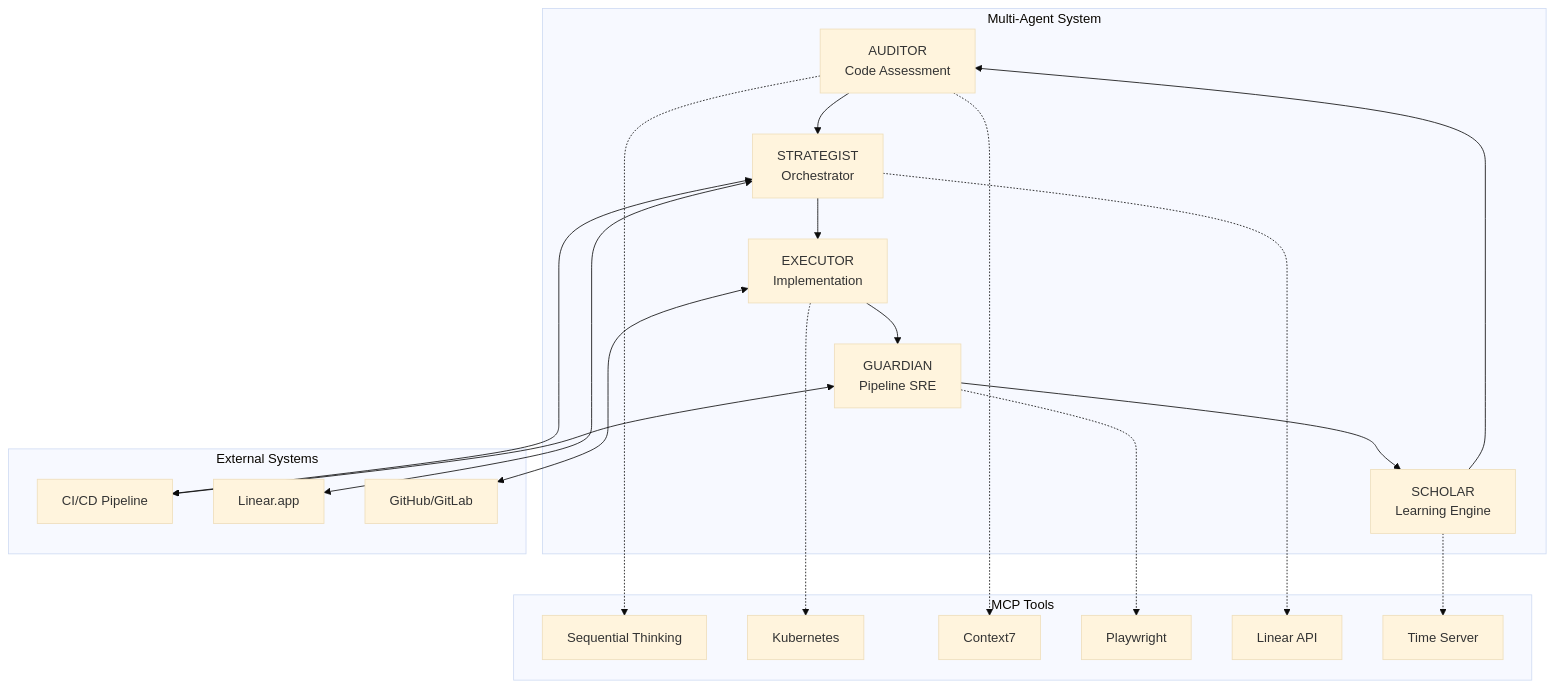
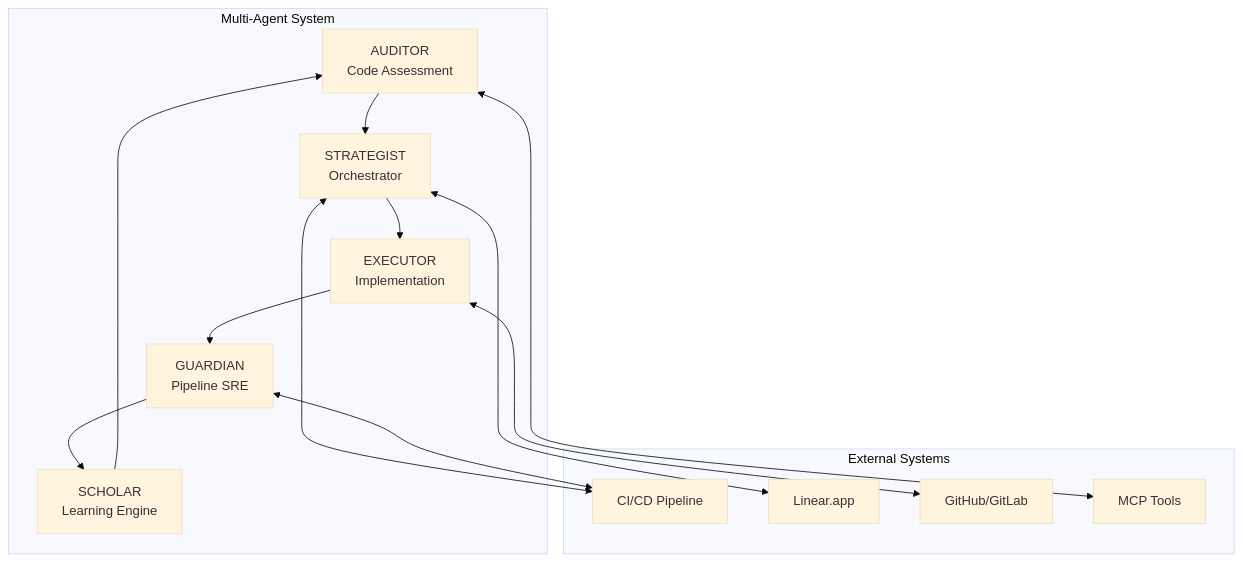
Before and after one commit to nizamiq/linear-tdd-workflow: the first of 2 diagrams in docs/README.md, drawn with Mermaid (base theme). The commit also changed other lines of this file and 117 other files, not shown here.

````diff
--- a/docs/README.md
+++ b/docs/README.md
@@ -53,37 +171,23 @@
 ```mermaid
 graph TB
     subgraph "Multi-Agent System"
         A[AUDITOR<br/>Code Assessment] --> S[STRATEGIST<br/>Orchestrator]
         S --> E[EXECUTOR<br/>Implementation]
         E --> G[GUARDIAN<br/>Pipeline SRE]
         G --> SCH[SCHOLAR<br/>Learning Engine]
         SCH --> A
     end
     
     subgraph "External Systems"
         CI[CI/CD Pipeline]
         L[Linear.app]
         GH[GitHub/GitLab]
-    end
-    
-    subgraph "MCP Tools"
-        MCP1[Sequential Thinking]
-        MCP2[Kubernetes]
-        MCP3[Context7]
-        MCP4[Playwright]
-        MCP5[Linear API]
-        MCP6[Time Server]
+        MCP[MCP Tools]
     end
     
     S <--> CI
     S <--> L
     E <--> GH
     G <--> CI
-    
-    A -.-> MCP1
-    E -.-> MCP2
-    A -.-> MCP3
-    G -.-> MCP4
-    S -.-> MCP5
-    SCH -.-> MCP6
+    A <--> MCP
 ```
````
